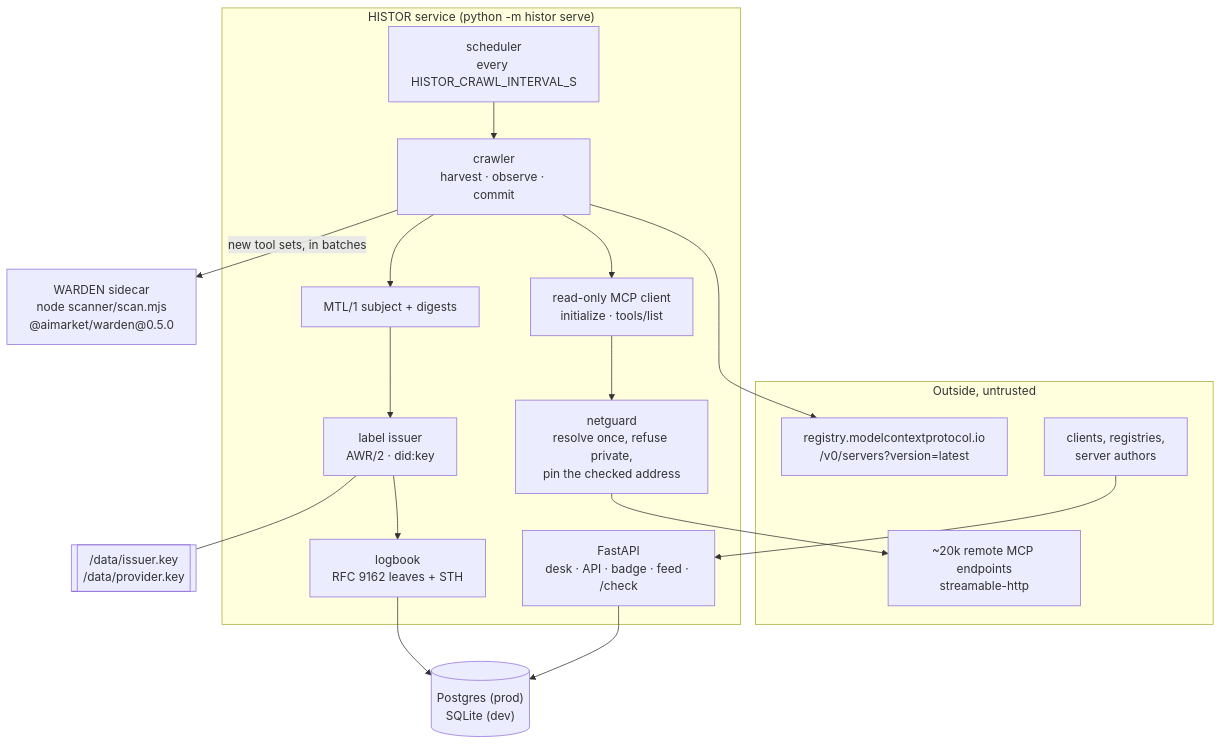
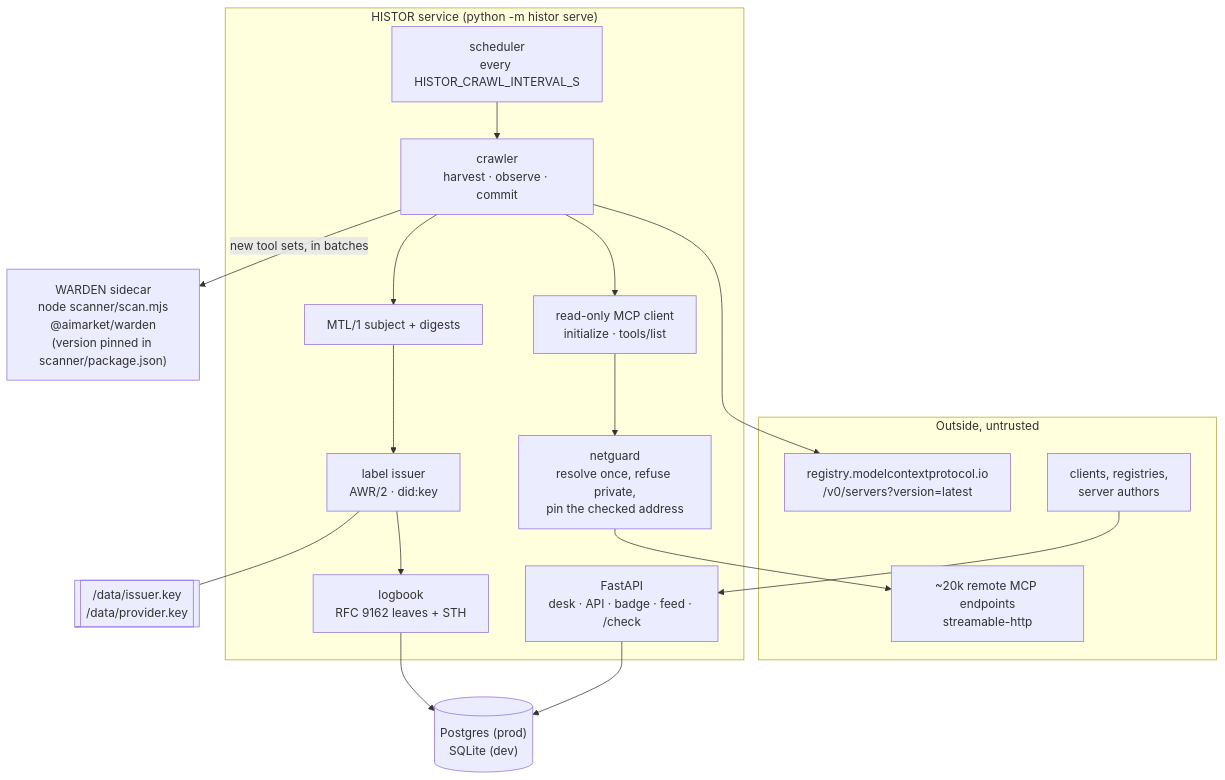
Before and after one commit to alexar76/histor: the first of 4 diagrams in docs/architecture.md, drawn with Mermaid. The commit also changed 14 other files, not shown here.

````diff
--- a/docs/architecture.md
+++ b/docs/architecture.md
@@ -9,30 +9,30 @@
 ```mermaid
 flowchart TB
     subgraph Outside["Outside, untrusted"]
         REG["registry.modelcontextprotocol.io<br/>/v0/servers?version=latest"]
         MCP["~20k remote MCP endpoints<br/>streamable-http"]
         CLIENT["clients, registries,<br/>server authors"]
     end
     subgraph Service["HISTOR service (python -m histor serve)"]
         SCHED["scheduler<br/>every HISTOR_CRAWL_INTERVAL_S"]
         CRAWL["crawler<br/>harvest · observe · commit"]
         GUARD["netguard<br/>resolve once, refuse private,<br/>pin the checked address"]
         READER["read-only MCP client<br/>initialize · tools/list"]
         SUBJ["MTL/1 subject + digests"]
         LABELS["label issuer<br/>AWR/2 · did:key"]
         LOG["logbook<br/>RFC 9162 leaves + STH"]
         API["FastAPI<br/>desk · API · badge · feed · /check"]
     end
-    SIDE["WARDEN sidecar<br/>node scanner/scan.mjs<br/>@aimarket/warden@0.5.0"]
+    SIDE["WARDEN sidecar<br/>node scanner/scan.mjs<br/>@aimarket/warden<br/>(version pinned in scanner/package.json)"]
     DB[("Postgres (prod)<br/>SQLite (dev)")]
     KEY[["/data/issuer.key<br/>/data/provider.key"]]
 
     SCHED --> CRAWL
     CRAWL --> REG
     CRAWL --> READER --> GUARD --> MCP
     CRAWL --> SUBJ --> LABELS --> LOG --> DB
     CRAWL -- "new tool sets, in batches" --> SIDE
     LABELS --- KEY
     API --> DB
     CLIENT --> API
 ```
````
